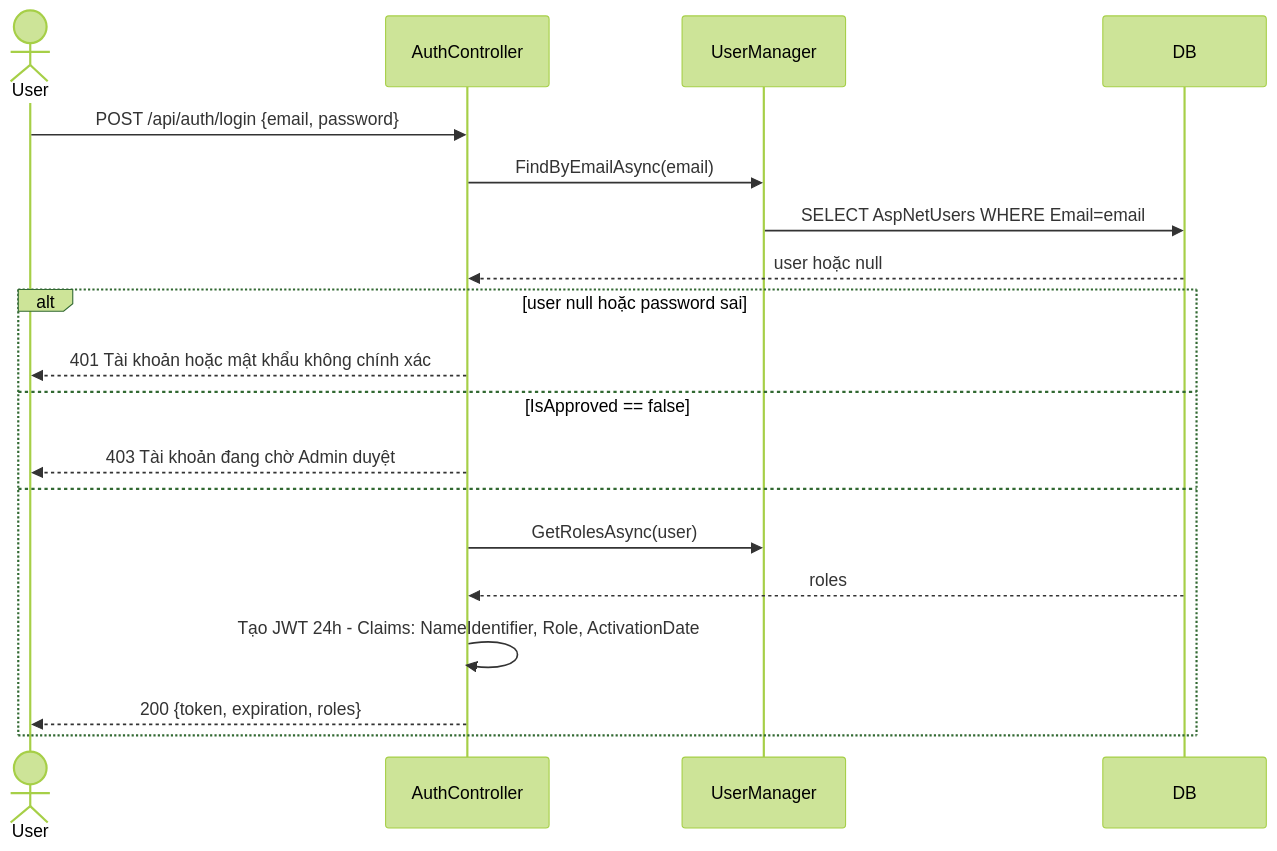
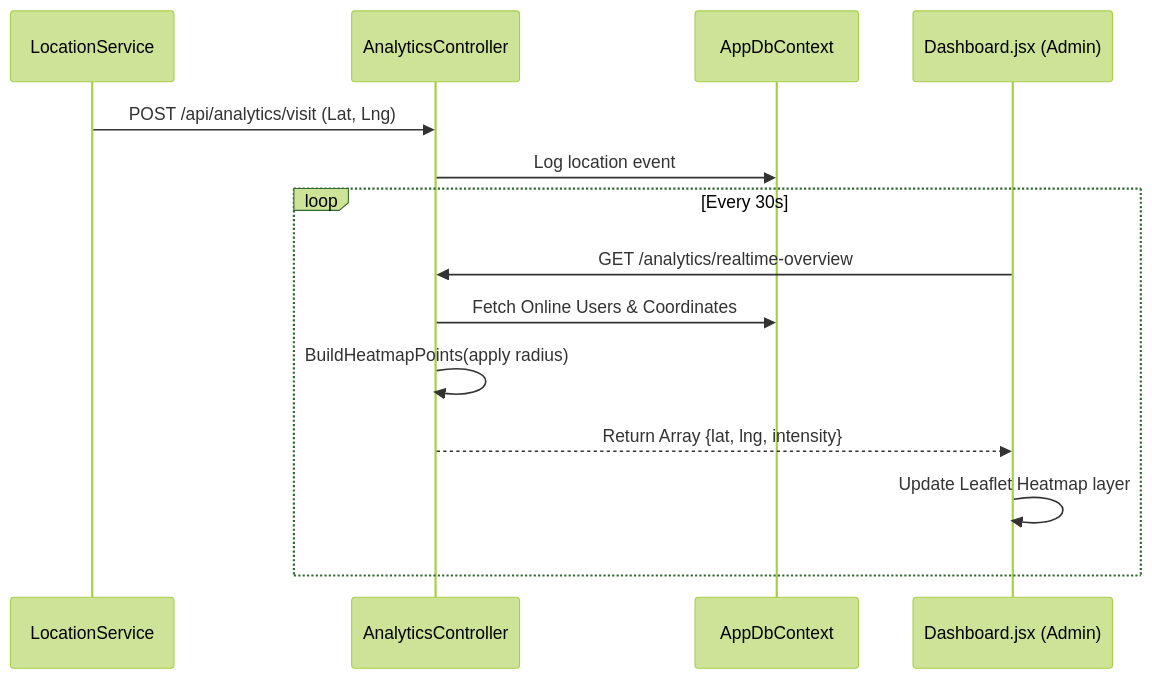
One commit to phamquyet47204/C-Sharp changed diagram 13 of 23 in README.md. Above: the diagram before and after it, drawn with Mermaid (forest theme). The commit also changed other lines of this file and 32 other files, not shown here.

````diff
--- a/README.md
+++ b/README.md
@@ -435,23 +487,17 @@
 ```mermaid
 sequenceDiagram
-  actor User
-  participant AuthController
-  participant UserManager
-  participant DB
+    participant Mobile as LocationService
+    participant API as AnalyticsController
+    participant DB as AppDbContext
+    participant Web as Dashboard.jsx (Admin)
 
-  User->>AuthController: POST /api/auth/login {email, password}
-  AuthController->>UserManager: FindByEmailAsync(email)
-  UserManager->>DB: SELECT AspNetUsers WHERE Email=email
-  DB-->>AuthController: user hoặc null
-
-  alt user null hoặc password sai
-    AuthController-->>User: 401 Tài khoản hoặc mật khẩu không chính xác
-  else IsApproved == false
-    AuthController-->>User: 403 Tài khoản đang chờ Admin duyệt
-  else
-    AuthController->>UserManager: GetRolesAsync(user)
-    DB-->>AuthController: roles
-    AuthController->>AuthController: Tạo JWT 24h - Claims: NameIdentifier, Role, ActivationDate
-    AuthController-->>User: 200 {token, expiration, roles}
-  end
+    Mobile->>API: POST /api/analytics/visit (Lat, Lng)
+    API->>DB: Log location event
+    loop Every 30s
+        Web->>API: GET /analytics/realtime-overview
+        API->>DB: Fetch Online Users & Coordinates
+        API->>API: BuildHeatmapPoints(apply radius)
+        API-->>Web: Return Array {lat, lng, intensity}
+        Web->>Web: Update Leaflet Heatmap layer
+    end
 ```
````
